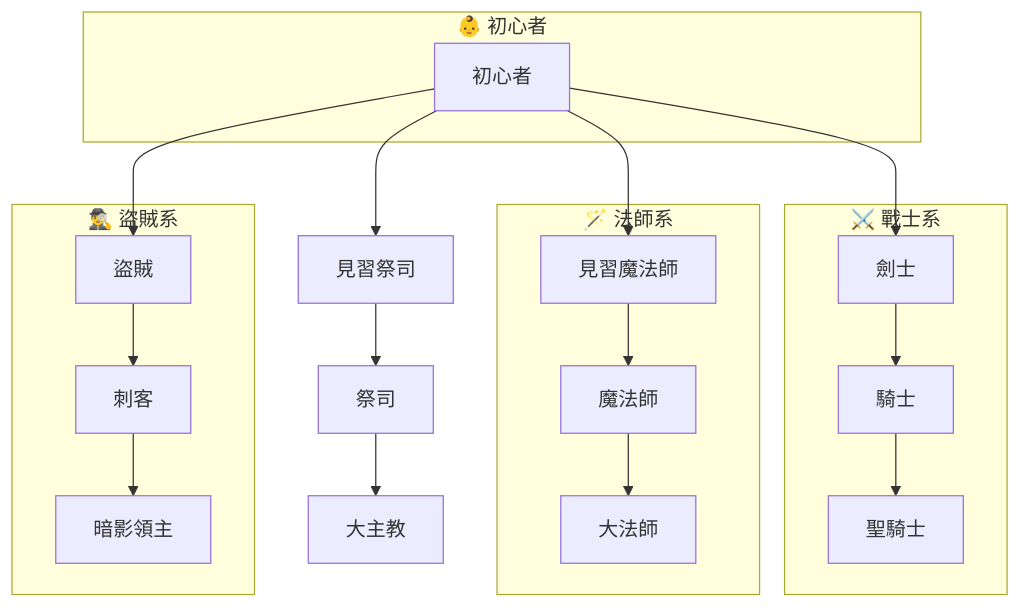
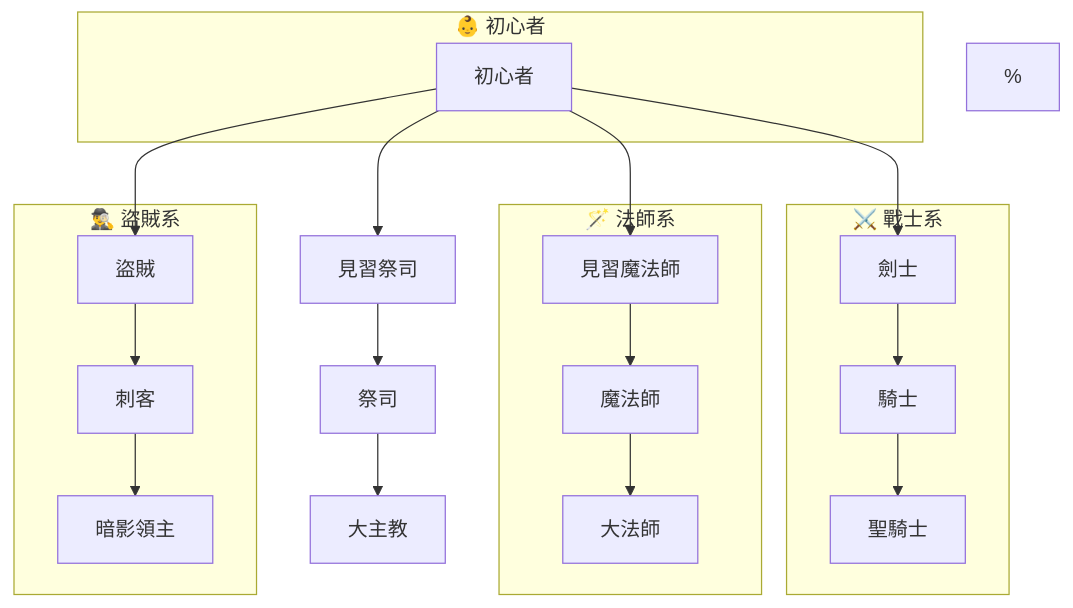
One commit to kuku0508/kuku_note_ver_2 changed the diagram in 知識/程式語言/Mermaid/語法/流程圖/子流程區域.md. Above: the diagram before and after it, drawn with Mermaid. The commit also changed 1 other file, not shown here.

Commit message:
vault backup: 2025-04-26 00:23:18

````diff
--- a/知識/程式語言/Mermaid/語法/流程圖/子流程區域.md
+++ b/知識/程式語言/Mermaid/語法/流程圖/子流程區域.md
@@ -3,48 +3,50 @@
 ```mermaid
 
 flowchart TD
 
 %% 跨子圖連結（初心者可轉四系）
 初心者 --> 劍士
 初心者 --> 見習魔法師
 初心者 --> 盜賊
 初心者 --> 見習祭司
 
 %% 中階轉高階
 劍士 --> 騎士
 見習魔法師 --> 魔法師
 盜賊 --> 刺客
 見習祭司 --> 祭司
 
 騎士 --> 聖騎士
 魔法師 --> 大法師
 刺客 --> 暗影領主
 祭司 --> 大主教
 
 %% 初心者子圖
 subgraph beginner [👶 初心者]
     初心者["初心者"]
 end
 
 %% 戰士系子圖
 subgraph warrior [⚔️ 戰士系]
     劍士["劍士"]
     騎士["騎士"]
     聖騎士["聖騎士"]
 end
 
 %% 法師系子圖
 subgraph mage [🪄 法師系]
     見習魔法師["見習魔法師"]
     魔法師["魔法師"]
     大法師["大法師"]
 end
 
 %% 盜賊系子圖
 subgraph rogue [🕵️‍♂️ 盜賊系]
     盜賊["盜賊"]
     刺客["刺客"]
     暗影領主["暗影領主"]
 end
 
+%
+
 ```
````
